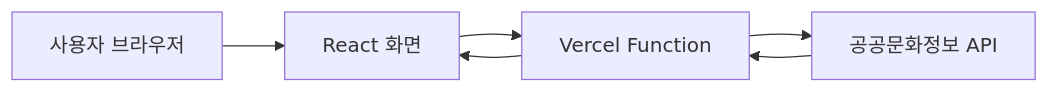
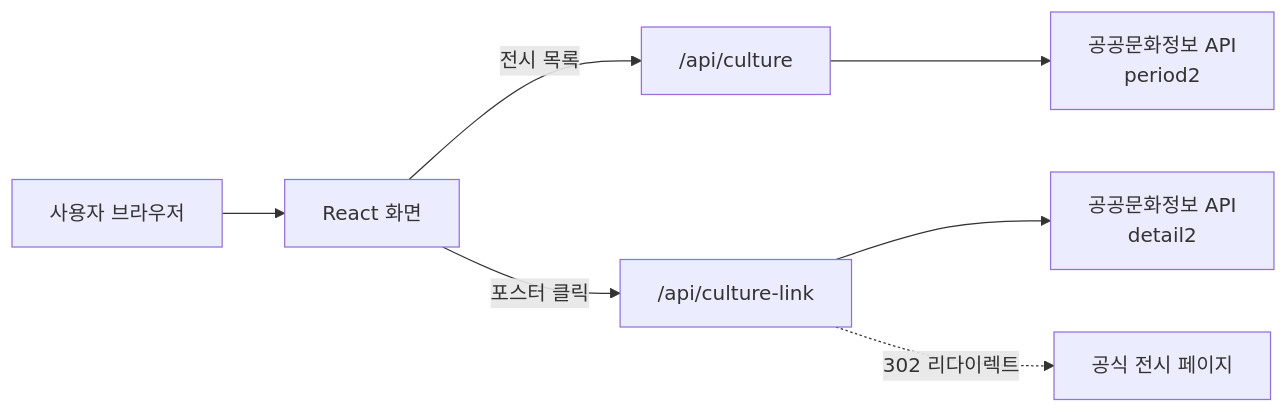
Before and after one commit to yeonland/jeonsi-gallae: the diagram in README.md, drawn with Mermaid. The commit also changed other lines of this file and 8 other files, not shown here.

````diff
--- a/README.md
+++ b/README.md
@@ -27,8 +32,9 @@
 ```mermaid
 flowchart LR
     A[사용자 브라우저] --> B[React 화면]
-    B --> C[Vercel Function]
-    C --> D[공공문화정보 API]
-    D --> C
-    C --> B
+    B -- 전시 목록 --> C["/api/culture"]
+    B -- 포스터 클릭 --> E["/api/culture-link"]
+    C --> D[공공문화정보 API<br/>period2]
+    E --> F[공공문화정보 API<br/>detail2]
+    E -. 302 리다이렉트 .-> G[공식 전시 페이지]
 ```
````
